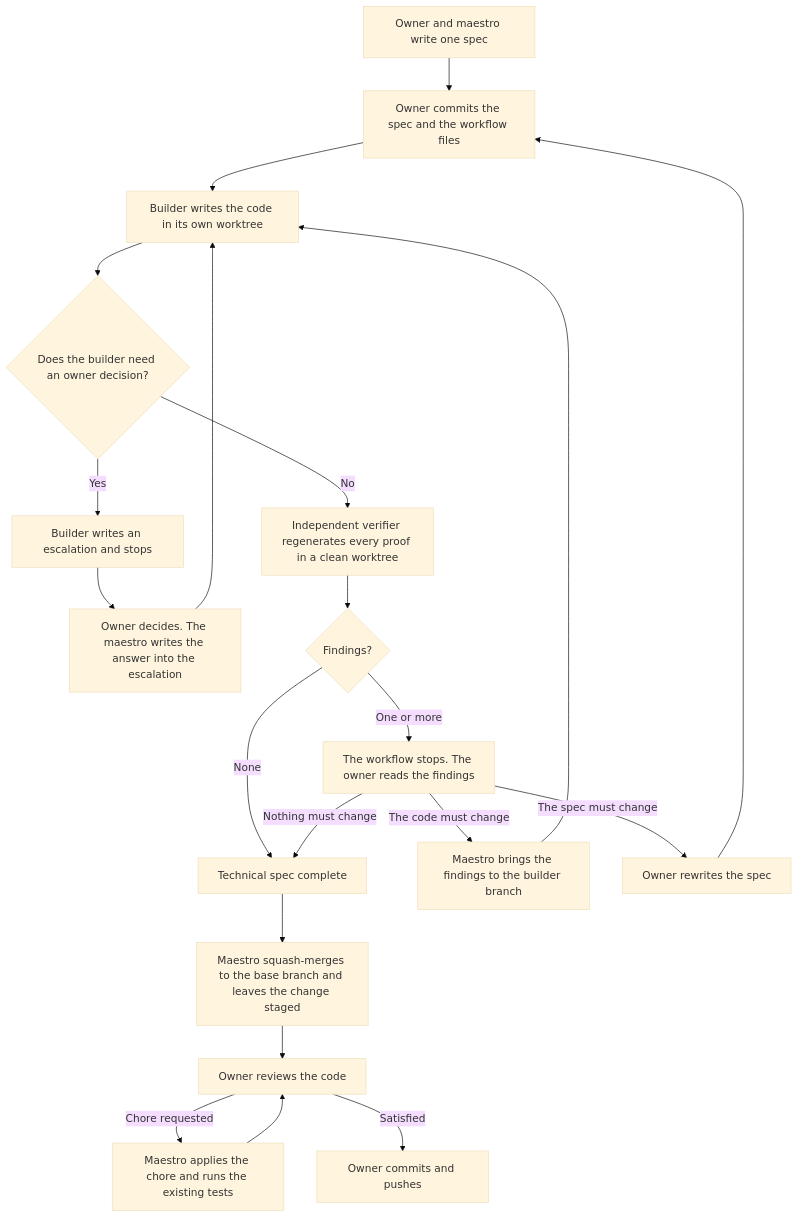
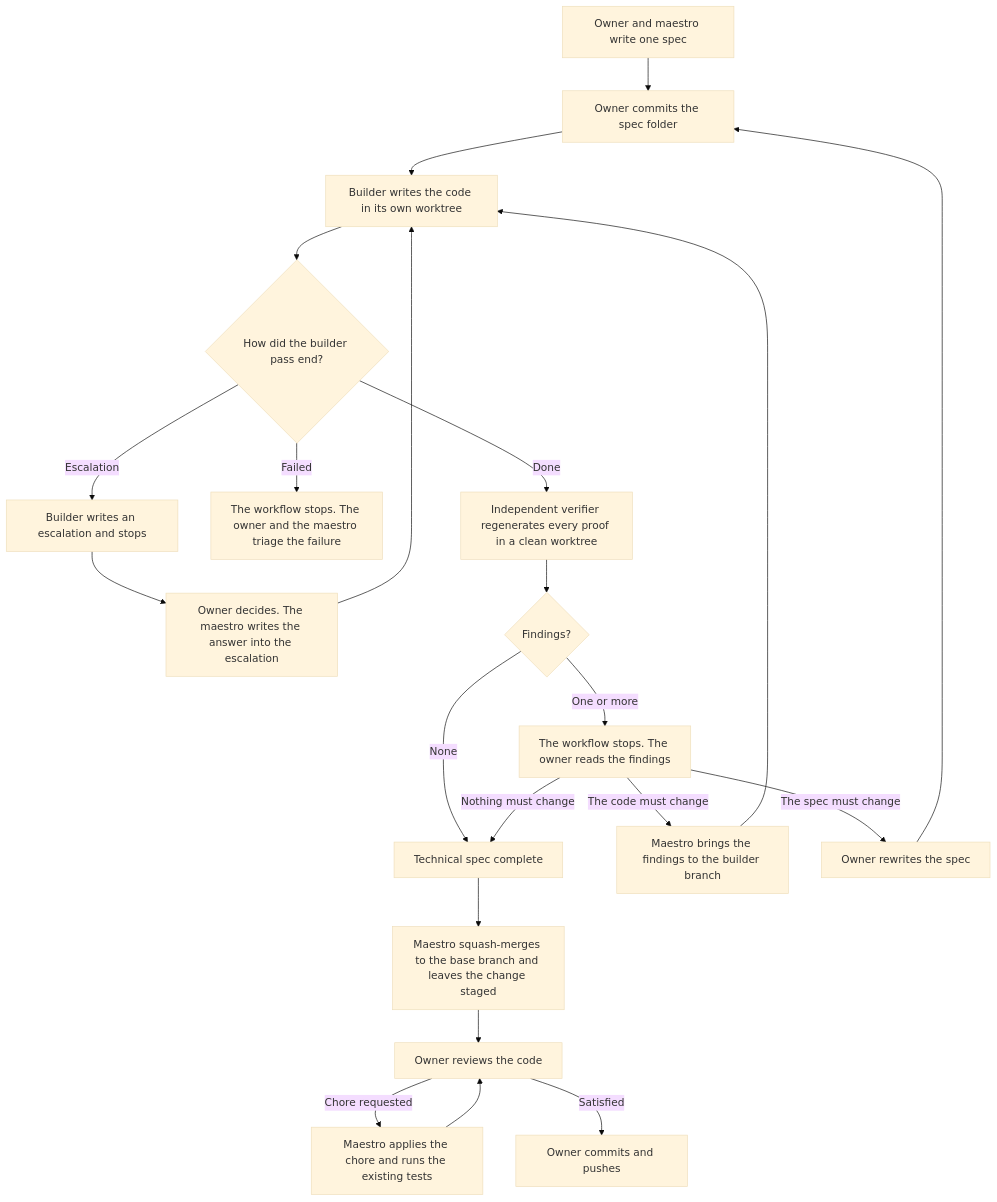
Before and after one commit to emilioSp/my-weather-station: the diagram in CONTRIBUTING.md, drawn with Mermaid (base theme). The commit also changed other lines of this file and 16 other files, not shown here.

````diff
--- a/CONTRIBUTING.md
+++ b/CONTRIBUTING.md
@@ -28,23 +28,24 @@
 ```mermaid
 flowchart TD
-    spec[Owner and maestro write one spec] --> base[Owner commits the spec and the workflow files]
+    spec[Owner and maestro write one spec] --> base[Owner commits the spec folder]
     base --> build[Builder writes the code in its own worktree]
-    build --> buildDecision{Does the builder need an owner decision?}
-    buildDecision -->|Yes| builderEscalation[Builder writes an escalation and stops]
+    build --> buildOutcome{How did the builder pass end?}
+    buildOutcome -->|Escalation| builderEscalation[Builder writes an escalation and stops]
     builderEscalation --> buildAnswer[Owner decides. The maestro writes the answer into the escalation]
     buildAnswer --> build
-    buildDecision -->|No| verify[Independent verifier regenerates every proof in a clean worktree]
+    buildOutcome -->|Failed| triage[The workflow stops. The owner and the maestro triage the failure]
+    buildOutcome -->|Done| verify[Independent verifier regenerates every proof in a clean worktree]
     verify --> findings{Findings?}
     findings -->|None| candidate[Technical spec complete]
     findings -->|One or more| ball[The workflow stops. The owner reads the findings]
     ball -->|Nothing must change| candidate
     ball -->|The code must change| merge[Maestro brings the findings to the builder branch]
     merge --> build
     ball -->|The spec must change| rewrite[Owner rewrites the spec]
     rewrite --> base
     candidate --> staged[Maestro squash-merges to the base branch and leaves the change staged]
     staged --> human[Owner reviews the code]
     human -->|Chore requested| chore[Maestro applies the chore and runs the existing tests]
     chore --> human
     human -->|Satisfied| push[Owner commits and pushes]
 ```
````
